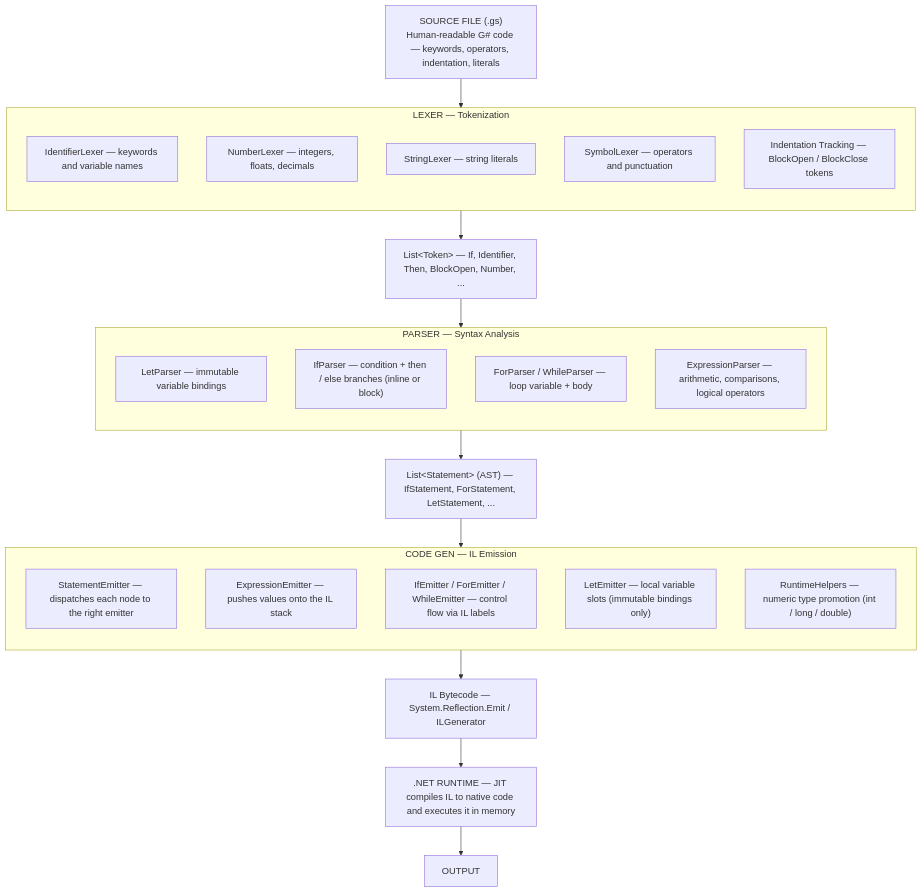
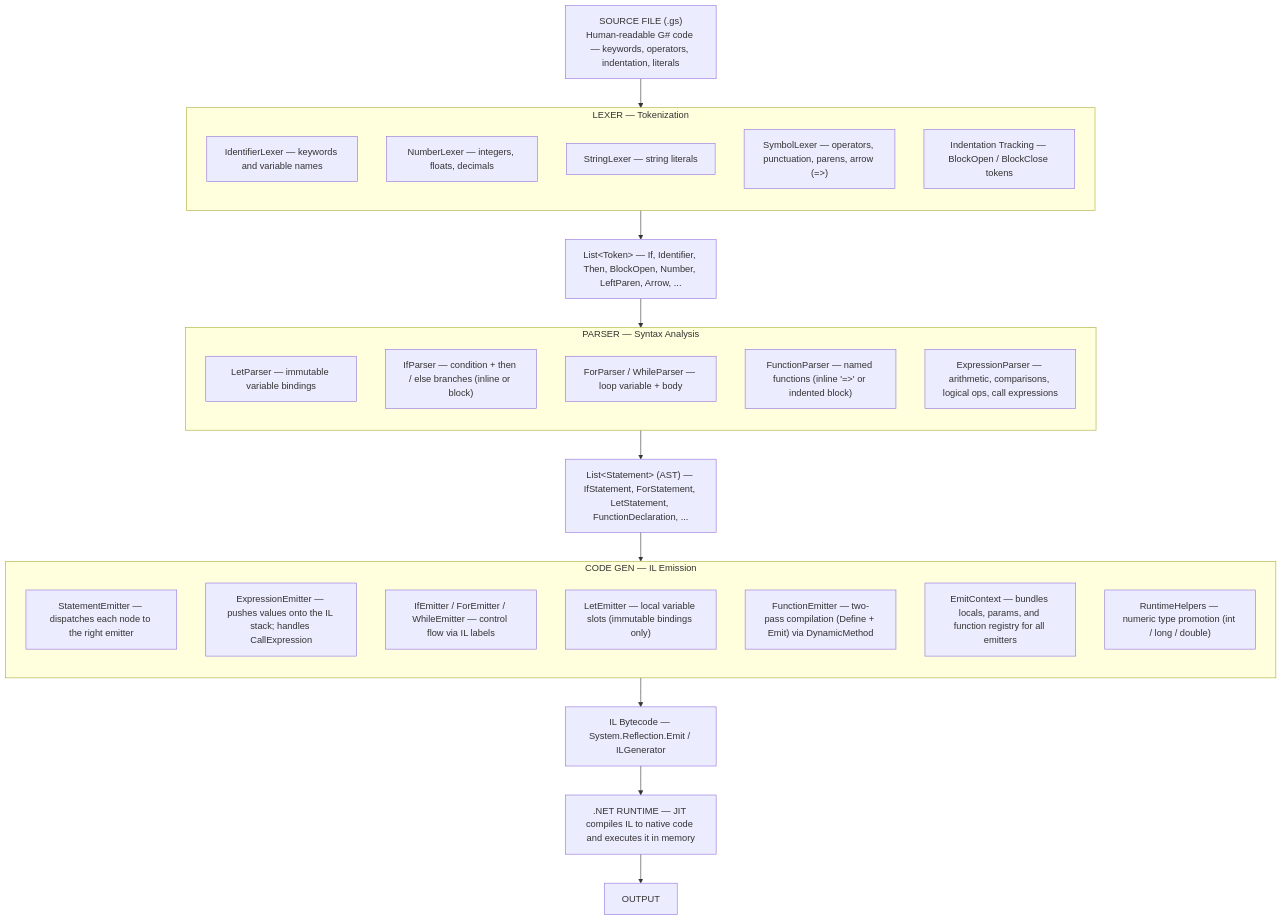
One commit to GregoriBrunoFelicio/G-Sharp changed the diagram in README.md. Above: the diagram before and after it, drawn with Mermaid. The commit also changed other lines of this file, not shown here.

````diff
--- a/README.md
+++ b/README.md
@@ -15,49 +15,52 @@
 ```mermaid
 flowchart TD
     SRC["SOURCE FILE (.gs)\nHuman-readable G# code — keywords, operators, indentation, literals"]
 
     subgraph LEXER["LEXER — Tokenization"]
         direction TB
         L1["IdentifierLexer — keywords and variable names"]
         L2["NumberLexer — integers, floats, decimals"]
         L3["StringLexer — string literals"]
-        L4["SymbolLexer — operators and punctuation"]
+        L4["SymbolLexer — operators, punctuation, parens, arrow (=>)"]
         L5["Indentation Tracking — BlockOpen / BlockClose tokens"]
     end
 
-    T["List&lt;Token&gt; — If, Identifier, Then, BlockOpen, Number, ..."]
+    T["List&lt;Token&gt; — If, Identifier, Then, BlockOpen, Number, LeftParen, Arrow, ..."]
 
     subgraph PARSER["PARSER — Syntax Analysis"]
         direction TB
         P1["LetParser — immutable variable bindings"]
         P2["IfParser — condition + then / else branches (inline or block)"]
         P3["ForParser / WhileParser — loop variable + body"]
-        P4["ExpressionParser — arithmetic, comparisons, logical operators"]
+        P4["FunctionParser — named functions (inline '=>' or indented block)"]
+        P5["ExpressionParser — arithmetic, comparisons, logical ops, call expressions"]
     end
 
-    AST["List&lt;Statement&gt; (AST) — IfStatement, ForStatement, LetStatement, ..."]
+    AST["List&lt;Statement&gt; (AST) — IfStatement, ForStatement, LetStatement, FunctionDeclaration, ..."]
 
     subgraph CODEGEN["CODE GEN — IL Emission"]
         direction TB
         C1["StatementEmitter — dispatches each node to the right emitter"]
-        C2["ExpressionEmitter — pushes values onto the IL stack"]
+        C2["ExpressionEmitter — pushes values onto the IL stack; handles CallExpression"]
         C3["IfEmitter / ForEmitter / WhileEmitter — control flow via IL labels"]
         C4["LetEmitter — local variable slots (immutable bindings only)"]
-        C5["RuntimeHelpers — numeric type promotion (int / long / double)"]
+        C5["FunctionEmitter — two-pass compilation (Define + Emit) via DynamicMethod"]
+        C6["EmitContext — bundles locals, params, and function registry for all emitters"]
+        C7["RuntimeHelpers — numeric type promotion (int / long / double)"]
     end
 
     IL["IL Bytecode — System.Reflection.Emit / ILGenerator"]
 
     RT[".NET RUNTIME — JIT compiles IL to native code and executes it in memory"]
 
     OUT["OUTPUT"]
 
     SRC --> LEXER
     LEXER --> T
     T --> PARSER
     PARSER --> AST
     AST --> CODEGEN
     CODEGEN --> IL
     IL --> RT
     RT --> OUT
 ```
````
